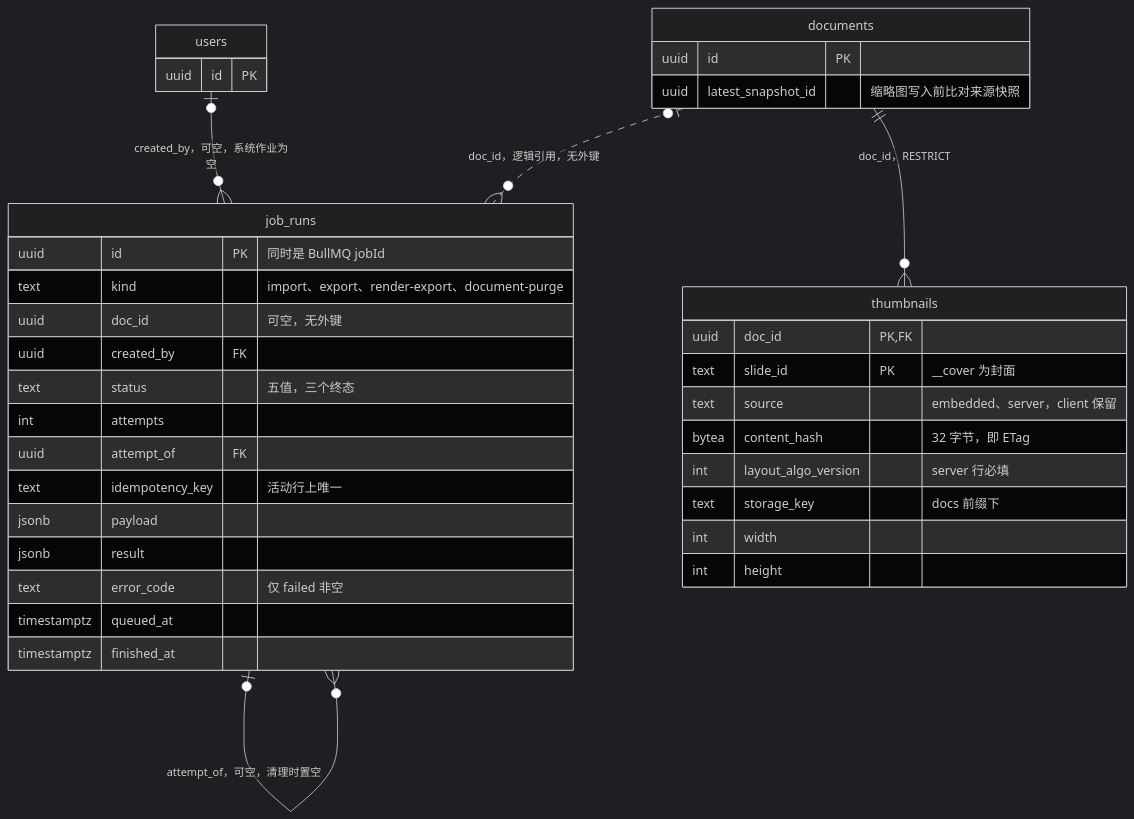
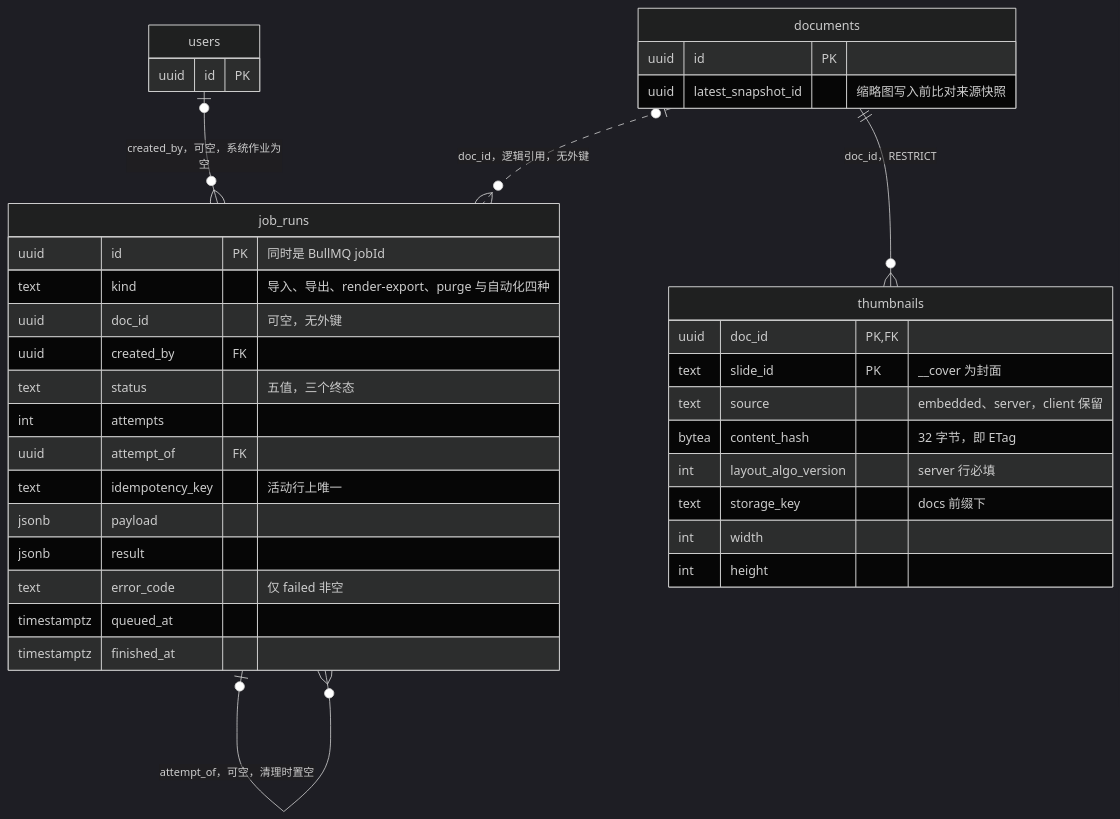
Before and after one commit to Xeonice/cordis-ppt-editor: the third of 3 diagrams in docs/60-backend/12-ddl-jobs-and-thumbnails.md, drawn with Mermaid (dark theme). The commit also changed other lines of this file and 16 other files, not shown here.

````diff
--- a/docs/60-backend/12-ddl-jobs-and-thumbnails.md
+++ b/docs/60-backend/12-ddl-jobs-and-thumbnails.md
@@ -452,39 +492,39 @@
 ```mermaid
 erDiagram
   users |o--o{ job_runs : "created_by，可空，系统作业为空"
   job_runs |o--o{ job_runs : "attempt_of，可空，清理时置空"
   documents |o..o{ job_runs : "doc_id，逻辑引用，无外键"
   documents ||--o{ thumbnails : "doc_id，RESTRICT"
   users {
     uuid id PK
   }
   documents {
     uuid id PK
     uuid latest_snapshot_id "缩略图写入前比对来源快照"
   }
   job_runs {
     uuid id PK "同时是 BullMQ jobId"
-    text kind "import、export、render-export、document-purge"
+    text kind "导入、导出、render-export、purge 与自动化四种"
     uuid doc_id "可空，无外键"
     uuid created_by FK
     text status "五值，三个终态"
     int attempts
     uuid attempt_of FK
     text idempotency_key "活动行上唯一"
     jsonb payload
     jsonb result
     text error_code "仅 failed 非空"
     timestamptz queued_at
     timestamptz finished_at
   }
   thumbnails {
     uuid doc_id PK, FK
     text slide_id PK "__cover 为封面"
     text source "embedded、server，client 保留"
     bytea content_hash "32 字节，即 ETag"
     int layout_algo_version "server 行必填"
     text storage_key "docs 前缀下"
     int width
     int height
   }
 ```
````
